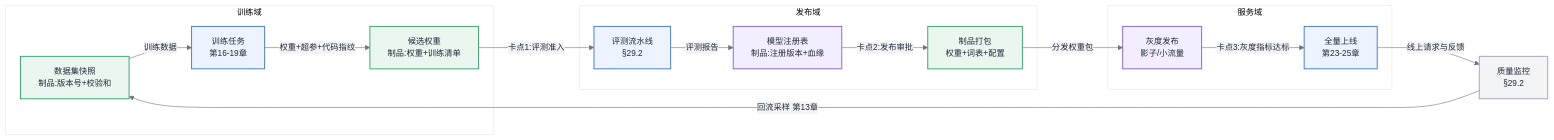
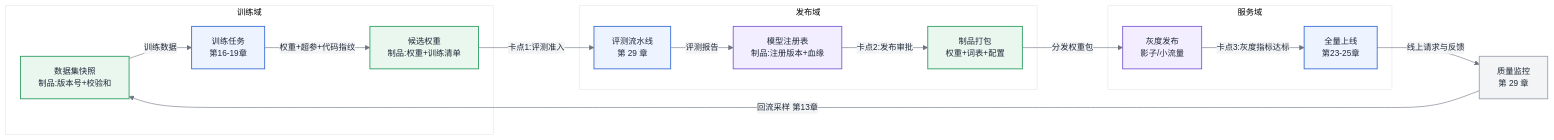
Before and after one commit to cdavid817/AI-Infra: the first of 3 diagrams in 第七部分-工程化与治理/第30章-模型生命周期管理.md, drawn with Mermaid. The commit also changed 12 other files, not shown here.

Commit message:
mermaid 图内不再出现 §X.Y 小节引用:本章自引删除,跨章引用改为「第 X 章」表述(13 文件 28 处)

````diff
--- a/第七部分-工程化与治理/第30章-模型生命周期管理.md
+++ b/第七部分-工程化与治理/第30章-模型生命周期管理.md
@@ -25,38 +25,38 @@
 ```mermaid
 %%{init: {'theme':'base','themeVariables':{
   'primaryColor':'#EEF4FF','primaryBorderColor':'#3B6FD4','primaryTextColor':'#1F2937',
   'secondaryColor':'#F3F4F6','tertiaryColor':'#FFFFFF',
   'lineColor':'#6B7280','fontFamily':'-apple-system, Segoe UI, Helvetica, Arial, sans-serif','fontSize':'14px'
 }}}%%
 flowchart LR
   classDef compute fill:#EEF4FF,stroke:#3B6FD4,stroke-width:1.5px,color:#1F2937
   classDef data fill:#E9F7EF,stroke:#2E9E64,stroke-width:1.5px,color:#1F2937
   classDef ctrl fill:#F3EEFF,stroke:#7C5CD4,stroke-width:1.5px,color:#1F2937
   classDef ext fill:#F3F4F6,stroke:#9CA3AF,stroke-width:1.5px,color:#1F2937
 
   subgraph 训练域
     DS[数据集快照<br/>制品:版本号+校验和]:::data
     TR[训练任务<br/>第16-19章]:::compute
     CK[候选权重<br/>制品:权重+训练清单]:::data
   end
   subgraph 发布域
-    EV[评测流水线<br/>§29.2]:::compute
+    EV[评测流水线<br/>第 29 章]:::compute
     REG[模型注册表<br/>制品:注册版本+血缘]:::ctrl
     PKG[制品打包<br/>权重+词表+配置]:::data
   end
   subgraph 服务域
     GRAY[灰度发布<br/>影子/小流量]:::ctrl
     PROD[全量上线<br/>第23-25章]:::compute
   end
-  MON[质量监控<br/>§29.2]:::ext
+  MON[质量监控<br/>第 29 章]:::ext
 
   DS -->|训练数据| TR
   TR -->|权重+超参+代码指纹| CK
   CK -->|卡点1:评测准入| EV
   EV -->|评测报告| REG
   REG -->|卡点2:发布审批| PKG
   PKG -->|分发权重包| GRAY
   GRAY -->|卡点3:灰度指标达标| PROD
   PROD -->|线上请求与反馈| MON
   MON -->|回流采样 第13章| DS
 ```
````
